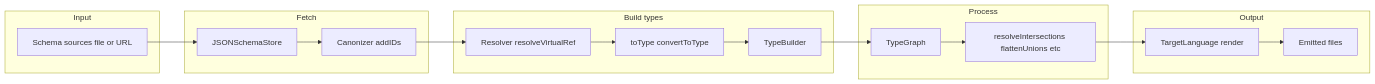
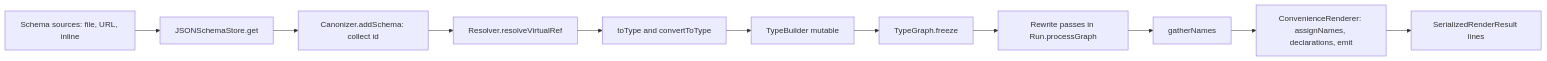
Before and after one commit to goddtriffin/json-schema-rs: the first of 2 diagrams in research/reports/typescript/glideapps-quicktype.md, drawn with Mermaid. The commit also changed other lines of this file and 51 other files, not shown here.

````diff
--- a/research/reports/typescript/glideapps-quicktype.md
+++ b/research/reports/typescript/glideapps-quicktype.md
@@ -93,32 +95,13 @@
 ```mermaid
 flowchart LR
-  subgraph input [Input]
-    Sources[Schema sources file or URL]
-  end
-  subgraph fetch [Fetch]
-    Store[JSONSchemaStore]
-    Canonizer[Canonizer addIDs]
-    Store --> Canonizer
-  end
-  subgraph build [Build types]
-    Resolver[Resolver resolveVirtualRef]
-    ToType[toType convertToType]
-    TypeBuilder[TypeBuilder]
-    Resolver --> ToType
-    ToType --> TypeBuilder
-  end
-  subgraph process [Process]
-    Graph[TypeGraph]
-    Rewrites[resolveIntersections flattenUnions etc]
-    Graph --> Rewrites
-  end
-  subgraph output [Output]
-    Render[TargetLanguage render]
-    Files[Emitted files]
-    Render --> Files
-  end
-  Sources --> Store
-  Canonizer --> Resolver
-  TypeBuilder --> Graph
-  Rewrites --> Render
+  Sources["Schema sources: file, URL, inline"] --> Store["JSONSchemaStore.get"]
+  Store --> Canonizer["Canonizer.addSchema: collect id"]
+  Canonizer --> Resolver["Resolver.resolveVirtualRef"]
+  Resolver --> ToType["toType and convertToType"]
+  ToType --> Builder["TypeBuilder mutable"]
+  Builder --> Frozen["TypeGraph.freeze"]
+  Frozen --> Passes["Rewrite passes in Run.processGraph"]
+  Passes --> Names["gatherNames"]
+  Names --> Render["ConvenienceRenderer: assignNames, declarations, emit"]
+  Render --> Out["SerializedRenderResult lines"]
 ```
````
